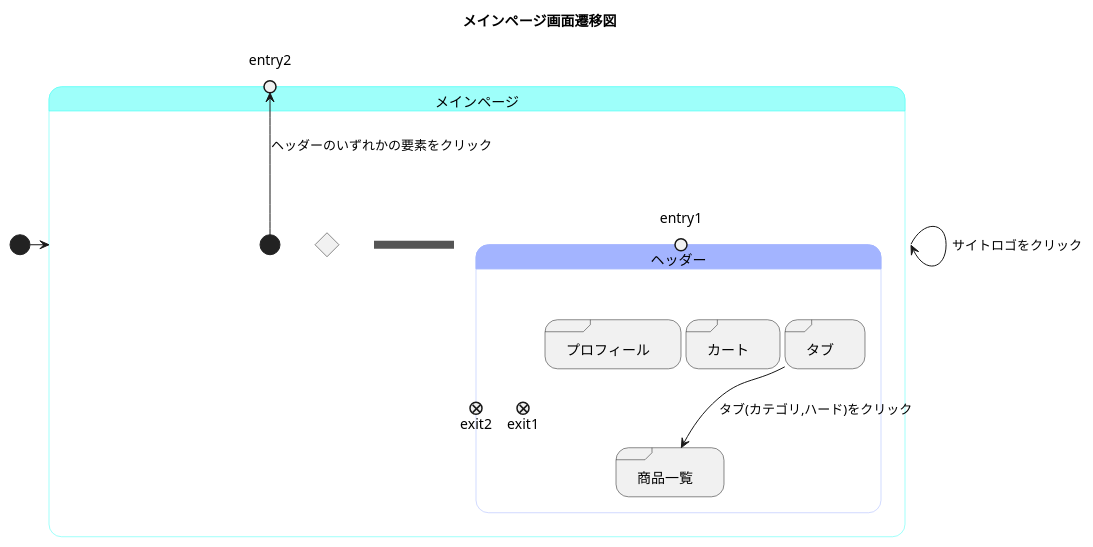
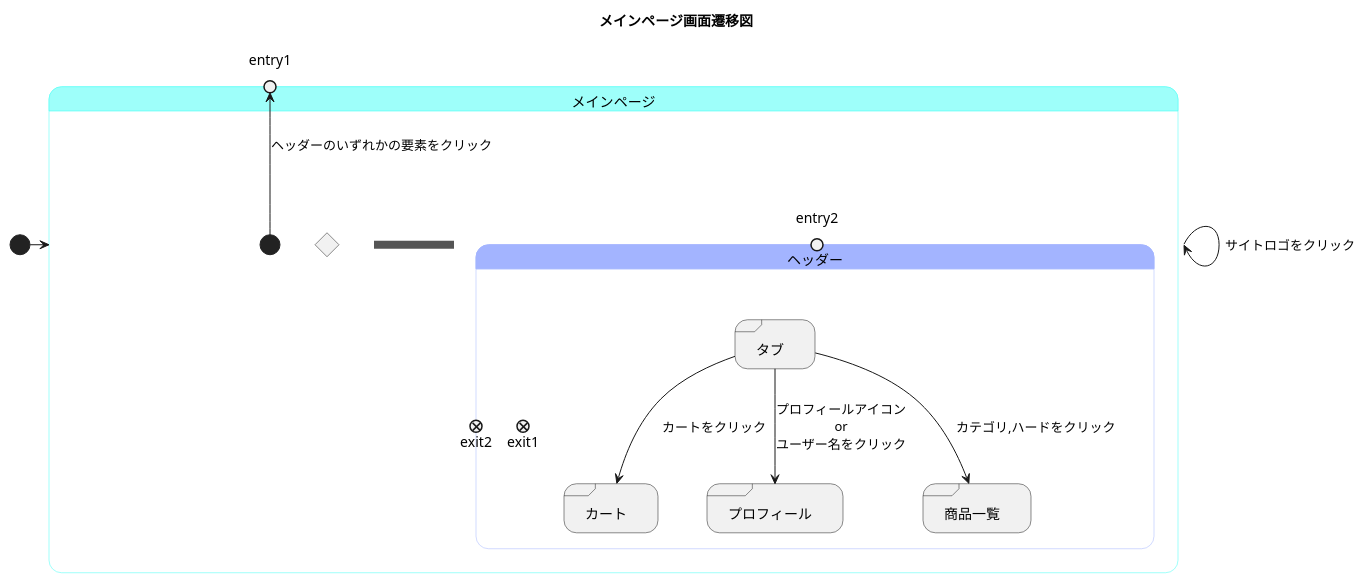
Before and after one commit to akutori/T-D-E: the diagram in メインページ.md, drawn with PlantUML.

Commit message:
遷移の追記

````diff
--- a/メインページ.md
+++ b/メインページ.md
@@ -1,36 +1,38 @@
 ```uml
 @startuml
 title メインページ画面遷移図
 
 [*]->メインページ
 state メインページ<<mainpage>>{
     state join_header <<join>>
     state ifinputmain <<choice>>
 
     メインページ -> メインページ : サイトロゴをクリック
-    [*]-->entry2 : ヘッダーのいずれかの要素をクリック
+    [*]-->entry1 : ヘッダーのいずれかの要素をクリック
 
     state ヘッダー<<state_headder>>{
         state "タブ" as tab <<sdlreceive>>
         state "カート" as cart <<sdlreceive>>
         state "プロフィール" as profile <<sdlreceive>>
         state "商品一覧" as goods<<sdlreceive>>
         state entry1<<entryPoint>>
         state entry2<<entryPoint>>
         state exit1<<exitPoint>>
         state exit2<<exitPoint>>
 
-        tab -->goods : タブ(カテゴリ,ハード)をクリック
+        tab -->goods : カテゴリ,ハードをクリック
+        tab -->cart : カートをクリック
+        tab -->profile : プロフィールアイコン\nor\nユーザー名をクリック
 
 
     }
 }
 
 
 skinparam stateBorderColor<<mainpage>> #40fff5
 state メインページ #9efffa
 
 skinparam stateBorderColor<<state_headder>> #a3b4ff
 state ヘッダー #a3b4ff
 @enduml
 ```
````
